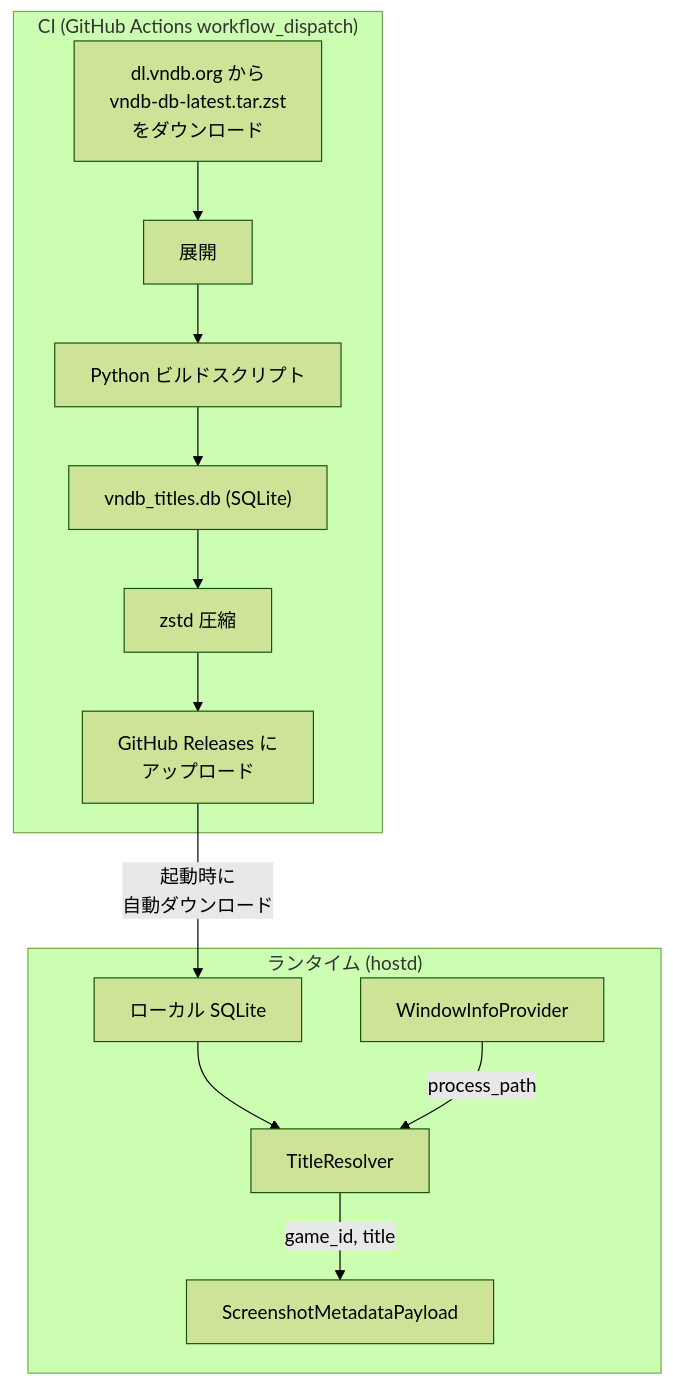
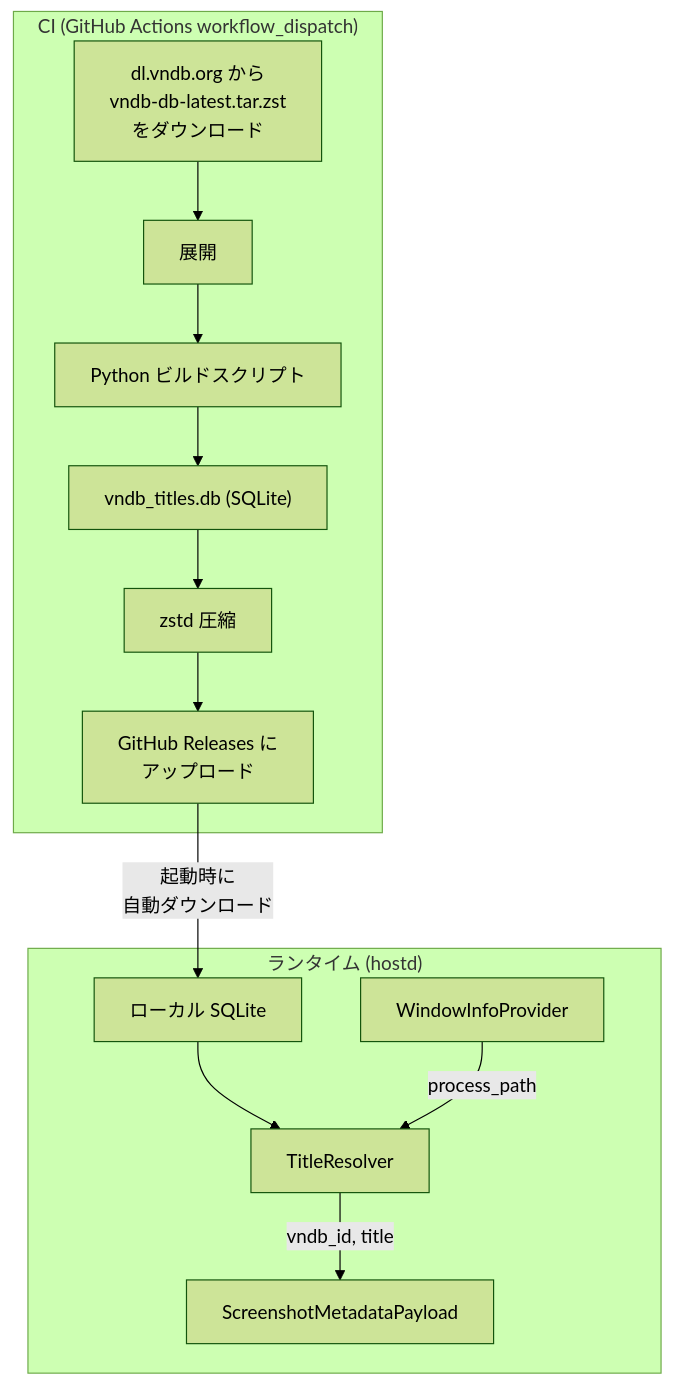
The diagram in title-resolver-design.md (ryoha000/remoterg), drawn with Mermaid (forest theme) before and after one commit. The commit also changed other lines of this file and 11 other files, not shown here.

First line of the commit message:
feat: game_id→vndb_idリネーム、vndb-clientクレート新設、キャラ画像付きLLM分析対応

````diff
--- a/title-resolver-design.md
+++ b/title-resolver-design.md
@@ -10,17 +10,17 @@
 ```mermaid
 graph TD
     subgraph "CI (GitHub Actions workflow_dispatch)"
         DL_VNDB["dl.vndb.org から<br/>vndb-db-latest.tar.zst<br/>をダウンロード"] --> Extract[展開]
         Extract --> Builder[Python ビルドスクリプト]
         Builder --> DB["vndb_titles.db (SQLite)"]
         DB --> Compress["zstd 圧縮"]
         Compress --> Release["GitHub Releases に<br/>アップロード"]
     end
 
     subgraph "ランタイム (hostd)"
         Release -->|"起動時に<br/>自動ダウンロード"| LocalDB["ローカル SQLite"]
         LocalDB --> Resolver[TitleResolver]
         WI[WindowInfoProvider] -->|process_path| Resolver
-        Resolver -->|"game_id, title"| Meta[ScreenshotMetadataPayload]
+        Resolver -->|"vndb_id, title"| Meta[ScreenshotMetadataPayload]
     end
 ```
````
